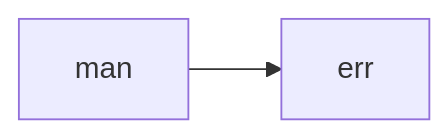
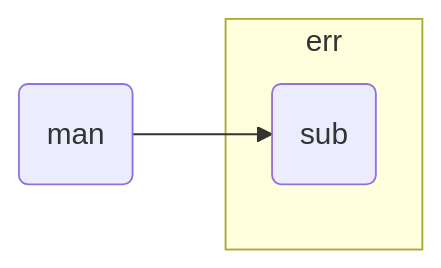
The fifth of 6 diagrams in doc/TCB.md (jeras/TCB), drawn with Mermaid before and after one commit. The commit also changed other lines of this file, not shown here.

Commit message:
DOC: attempt to make a markdown mermaid subgraph

````diff
--- a/doc/TCB.md
+++ b/doc/TCB.md
@@ -184,4 +197,7 @@
 ```mermaid
 flowchart LR
-    man --> err
+    tcb_man(man) --> tcb_err_sub
+    subgraph tcb_err[err]
+        tcb_err_sub(sub)
+    end
 ```
````
